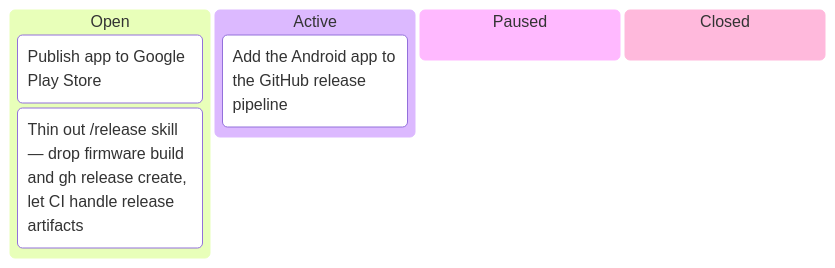
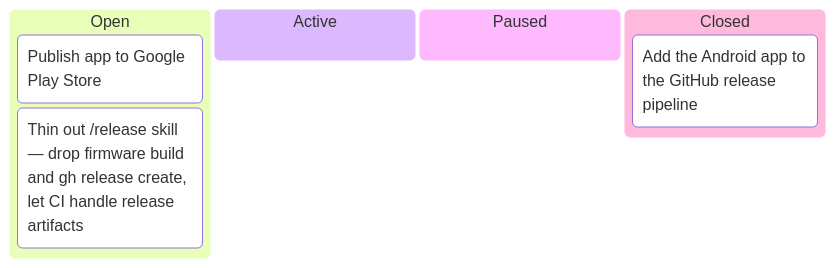
The first of 7 diagrams in docs/developers/tasks/KANBAN.md (tgd1975/AwesomeStudioPedal), drawn with Mermaid before and after one commit. The commit also changed other lines of this file and 3 other files, not shown here.

First line of the commit message:
close TASK-179: Add the Android app to the GitHub release pipeline

````diff
--- a/docs/developers/tasks/KANBAN.md
+++ b/docs/developers/tasks/KANBAN.md
@@ -11,10 +11,10 @@
 ```mermaid
 kanban
   Open
     TASK_160["Publish app to Google Play Store"]
     TASK_363["Thin out /release skill — drop firmware build and gh release create, let CI handle release artifacts"]
   Active
-    TASK_179["Add the Android app to the GitHub release pipeline"]
   Paused
   Closed
+    TASK_179["Add the Android app to the GitHub release pipeline"]
 ```
````
